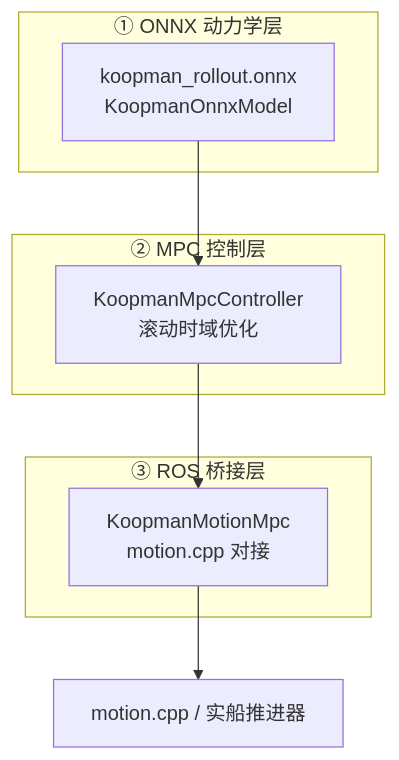
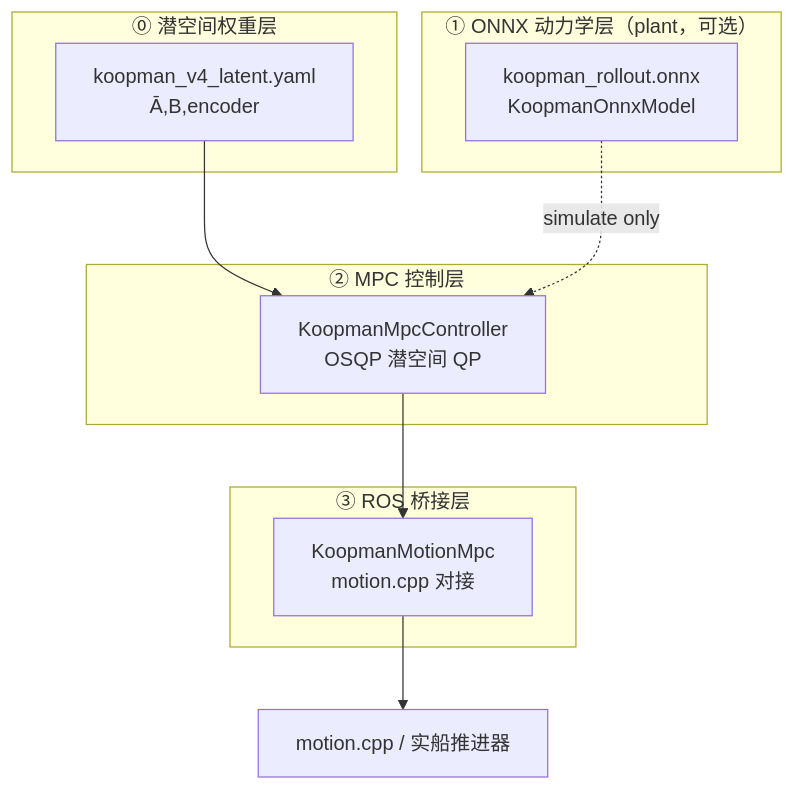
The first of 9 diagrams in cpp/koopman_control/模型输入输出接口说明.md (jimaka/koopman_control), drawn with Mermaid before and after one commit. The commit also changed other lines of this file and 7 other files, not shown here.

First line of the commit message:
docs: align project docs with OSQP-only MPC architecture

````diff
--- a/cpp/koopman_control/模型输入输出接口说明.md
+++ b/cpp/koopman_control/模型输入输出接口说明.md
@@ -13,18 +13,23 @@
 ```mermaid
 flowchart TB
-    subgraph L1["① ONNX 动力学层"]
+    subgraph L0["⓪ 潜空间权重层"]
+        YAML["koopman_v4_latent.yaml<br/>Ā,B,encoder"]
+    end
+
+    subgraph L1["① ONNX 动力学层（plant，可选）"]
         ONNX["koopman_rollout.onnx<br/>KoopmanOnnxModel"]
     end
 
     subgraph L2["② MPC 控制层"]
-        MPC["KoopmanMpcController<br/>滚动时域优化"]
+        MPC["KoopmanMpcController<br/>OSQP 潜空间 QP"]
     end
 
     subgraph L3["③ ROS 桥接层"]
         BR["KoopmanMotionMpc<br/>motion.cpp 对接"]
     end
 
-    ONNX --> MPC
+    YAML --> MPC
+    ONNX -.->|simulate only| MPC
     MPC --> BR
     BR --> SHIP["motion.cpp / 实船推进器"]
 ```
````
